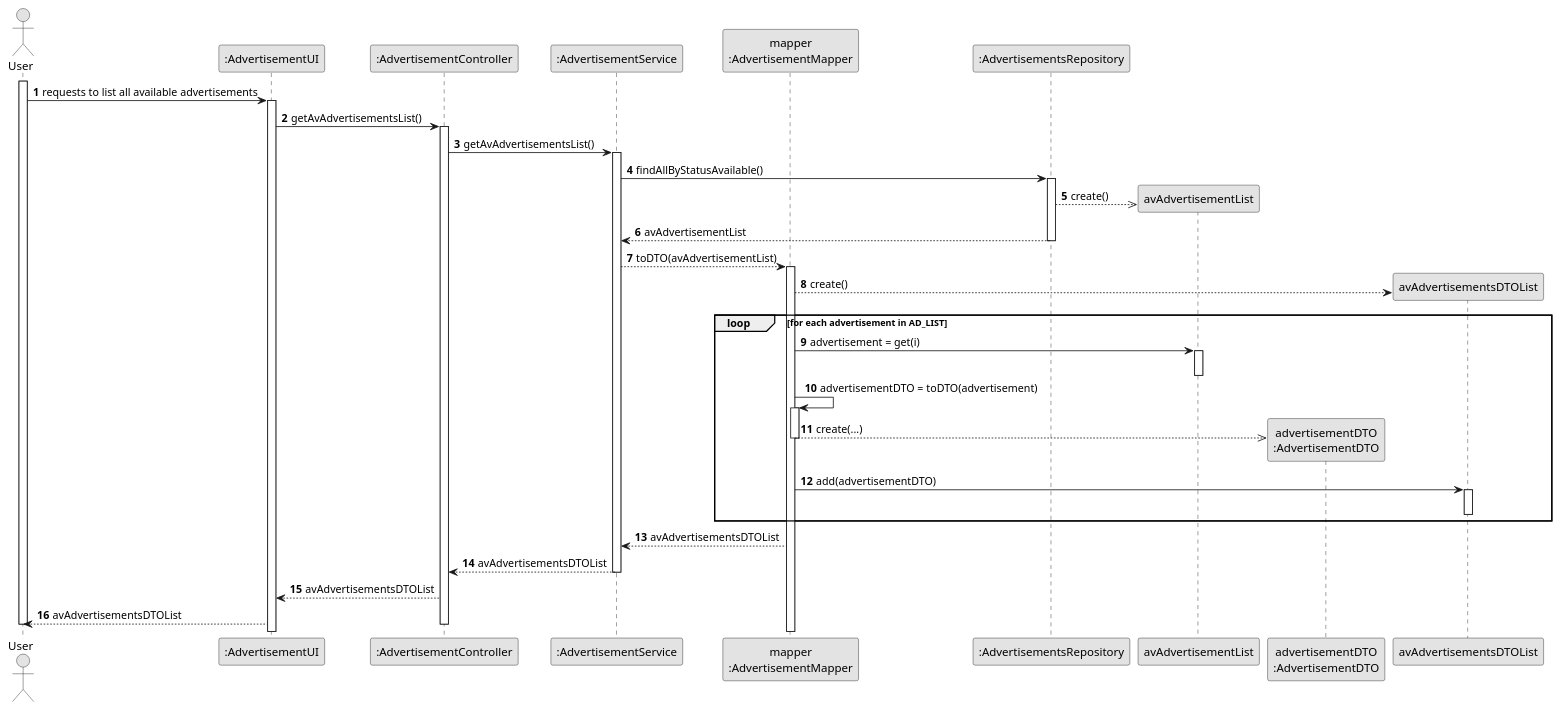
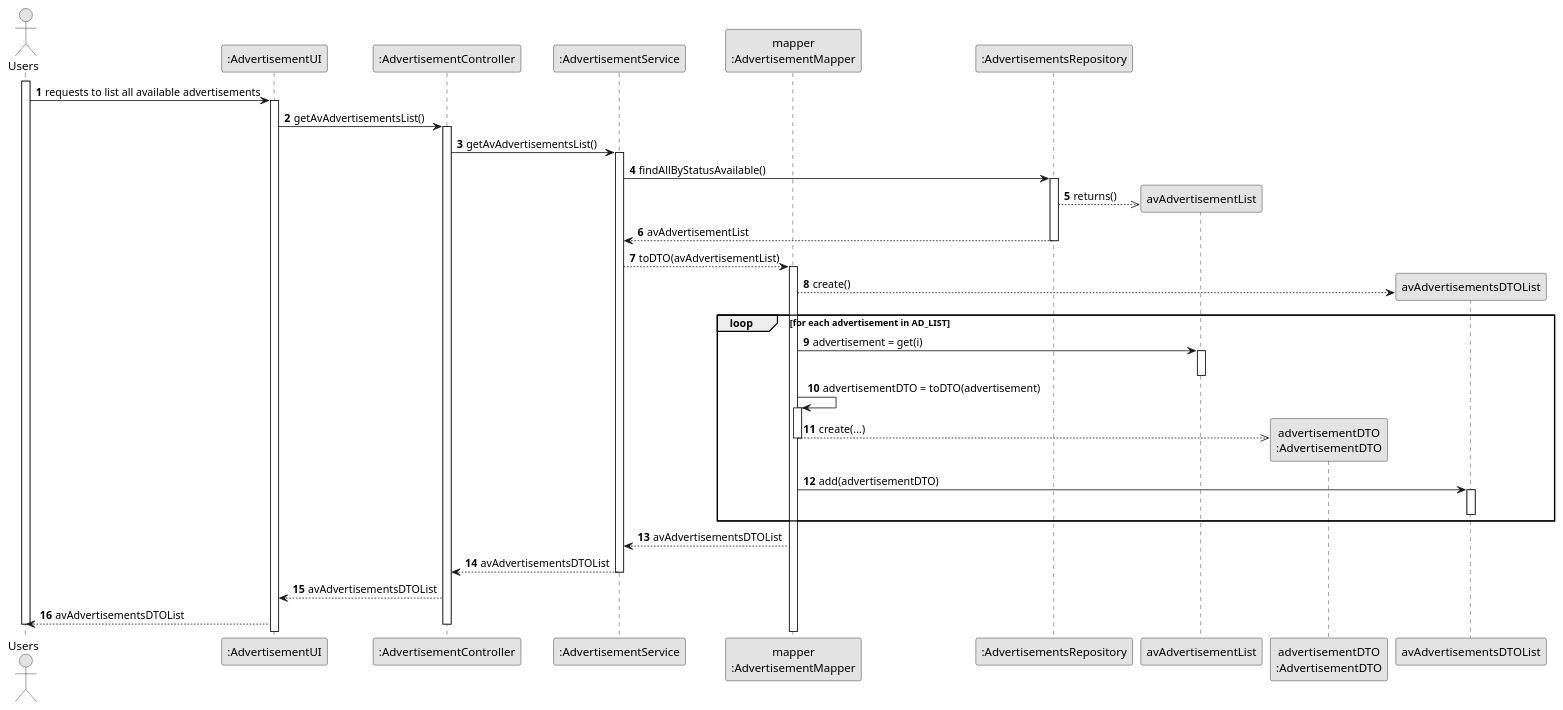
One commit to vivianeaalmeida/ComeAndGet changed the diagram in Docs/US09/03-design/US09-SD.puml. Above: the diagram before and after it, drawn with PlantUML. The commit also changed 11 other files, not shown here.

```diff
--- a/Docs/US09/03-design/US09-SD.puml
+++ b/Docs/US09/03-design/US09-SD.puml
@@ -1,56 +1,56 @@
 @startuml
 skinparam monochrome true
 skinparam packageStyle rectangle
 skinparam shadowing false
 
 autonumber
 
-actor "User" as USER
+actor "Users" as USER
 participant ":AdvertisementUI" as UI
 participant ":AdvertisementController" as CTRL
 participant ":AdvertisementService" as SERV
 participant "mapper\n:AdvertisementMapper" as MAPPER
 participant ":AdvertisementsRepository" as AD_REPO
 participant "avAdvertisementList" as AD_LIST
 participant "advertisementDTO\n:AdvertisementDTO" as advertisementDTO
 
 
 
 activate USER
 
     USER -> UI : requests to list all available advertisements
     activate UI
         UI -> CTRL : getAvAdvertisementsList()
         activate CTRL
 
             CTRL -> SERV : getAvAdvertisementsList()
             activate SERV
 
                 SERV -> AD_REPO : findAllByStatusAvailable()
                 activate AD_REPO
-                AD_REPO -->> AD_LIST**:create()
+                AD_REPO -->> AD_LIST**:returns()
                 AD_REPO --> SERV : avAdvertisementList
                 deactivate AD_REPO
             SERV --> MAPPER : toDTO(avAdvertisementList)
             activate MAPPER
             MAPPER --> avAdvertisementsDTOList**:create()
             loop for each advertisement in AD_LIST
                 MAPPER -> AD_LIST : advertisement = get(i)
                 activate AD_LIST
                 deactivate AD_LIST
                 MAPPER -> MAPPER : advertisementDTO = toDTO(advertisement)
                 activate MAPPER
                 MAPPER -->> advertisementDTO**:create(...)
                 deactivate MAPPER
                 MAPPER -> avAdvertisementsDTOList :add(advertisementDTO)
                 activate avAdvertisementsDTOList
                 deactivate avAdvertisementsDTOList
             end
             MAPPER --> SERV : avAdvertisementsDTOList
             SERV --> CTRL : avAdvertisementsDTOList
             deactivate SERV
         CTRL --> UI : avAdvertisementsDTOList
         UI --> USER : avAdvertisementsDTOList
         deactivate CTRL
 deactivate USER
 @enduml
```
